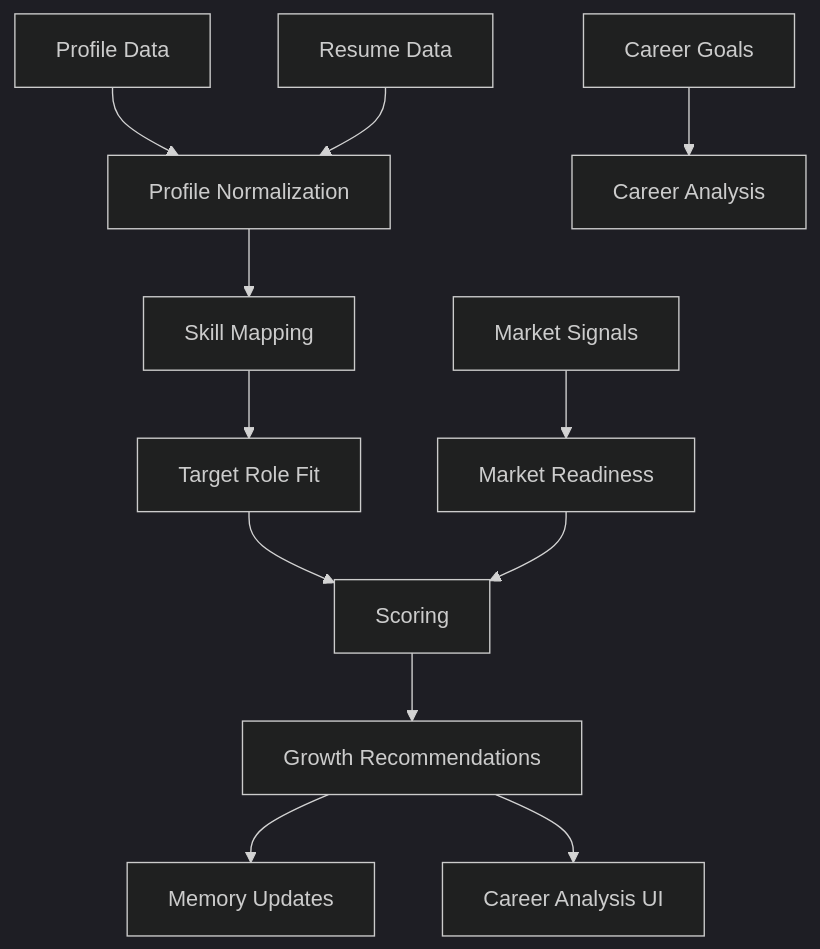
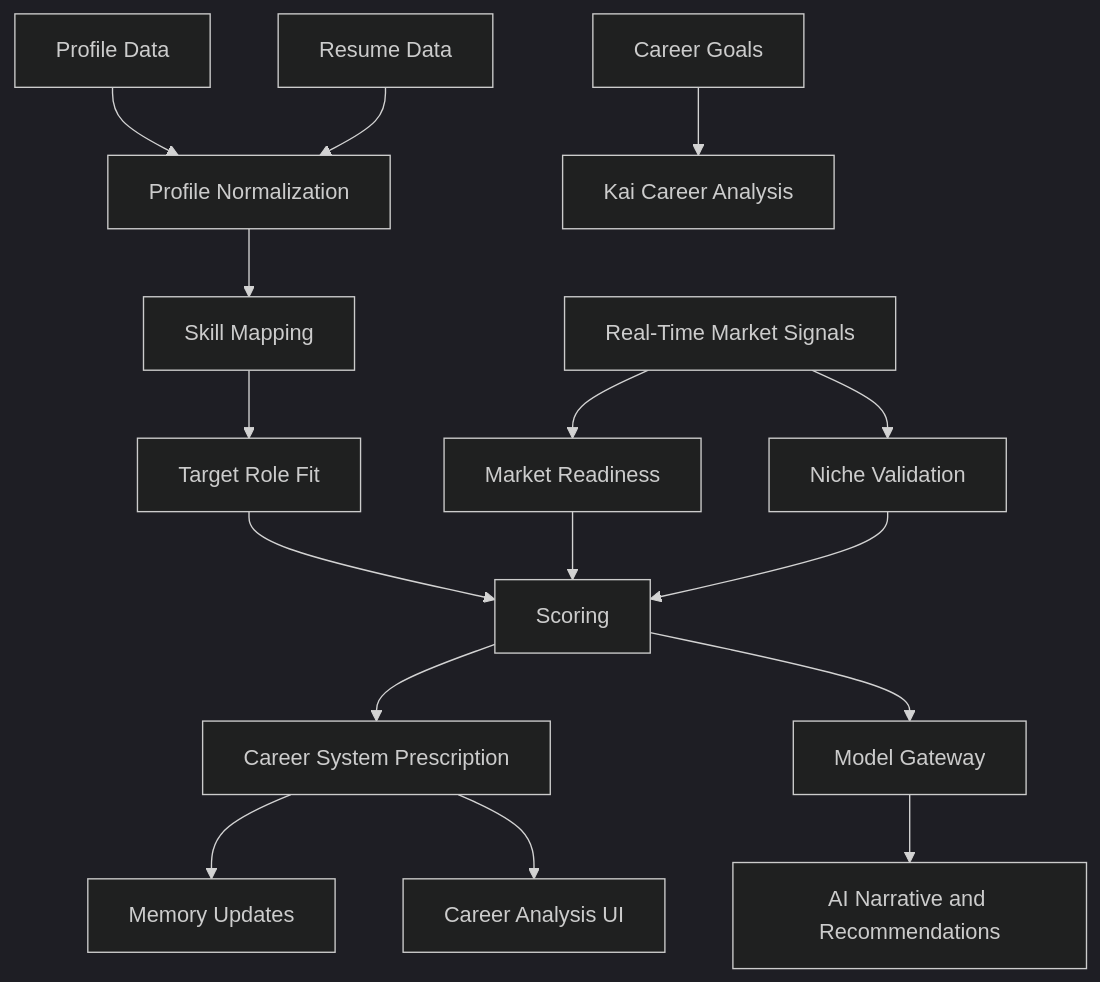
One commit to Mirzzie/Fadi changed the diagram in docs/CAREER_INTELLIGENCE_ENGINE.md. Above: the diagram before and after it, drawn with Mermaid (dark theme). The commit also changed other lines of this file and 65 other files, not shown here.

First line of the commit message:
docs: update architecture docs for Better Auth, Kai, and data sources

````diff
--- a/docs/CAREER_INTELLIGENCE_ENGINE.md
+++ b/docs/CAREER_INTELLIGENCE_ENGINE.md
@@ -41,14 +43,18 @@
 ```mermaid
 flowchart TD
     Profile[Profile Data] --> Normalize[Profile Normalization]
     Resume[Resume Data] --> Normalize
-    Goals[Career Goals] --> Analyze[Career Analysis]
+    Goals[Career Goals] --> Analyze[Kai Career Analysis]
     Normalize --> SkillMap[Skill Mapping]
     SkillMap --> RoleFit[Target Role Fit]
-    Market[Market Signals] --> Readiness[Market Readiness]
+    MarketData[Real-Time Market Signals] --> Readiness[Market Readiness]
+    MarketData --> NicheValidate[Niche Validation]
     RoleFit --> Scores[Scoring]
     Readiness --> Scores
-    Scores --> Recommendations[Growth Recommendations]
-    Recommendations --> Memory[Memory Updates]
-    Recommendations --> UI[Career Analysis UI]
+    NicheValidate --> Scores
+    Scores --> Prescription[Career System Prescription]
+    Prescription --> Memory[Memory Updates]
+    Prescription --> UI[Career Analysis UI]
+    Scores --> Gateway[Model Gateway]
+    Gateway --> Analysis[AI Narrative and Recommendations]
 ```
````
